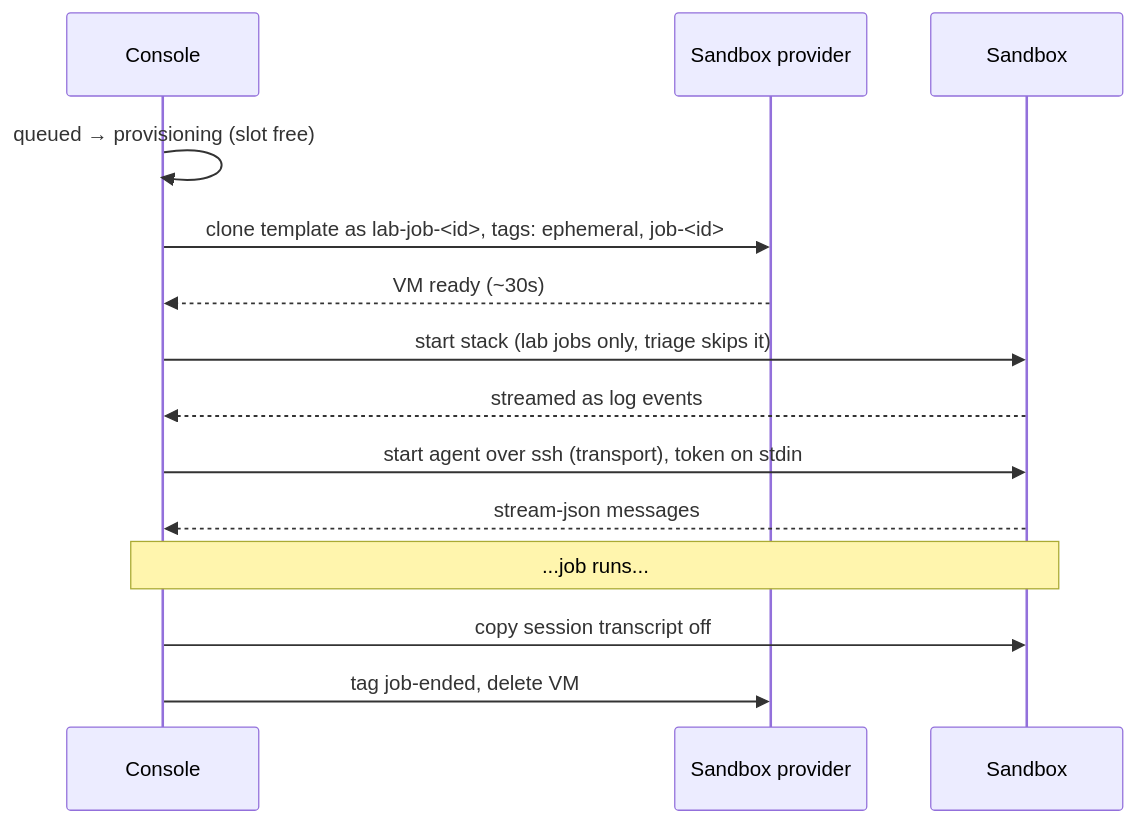
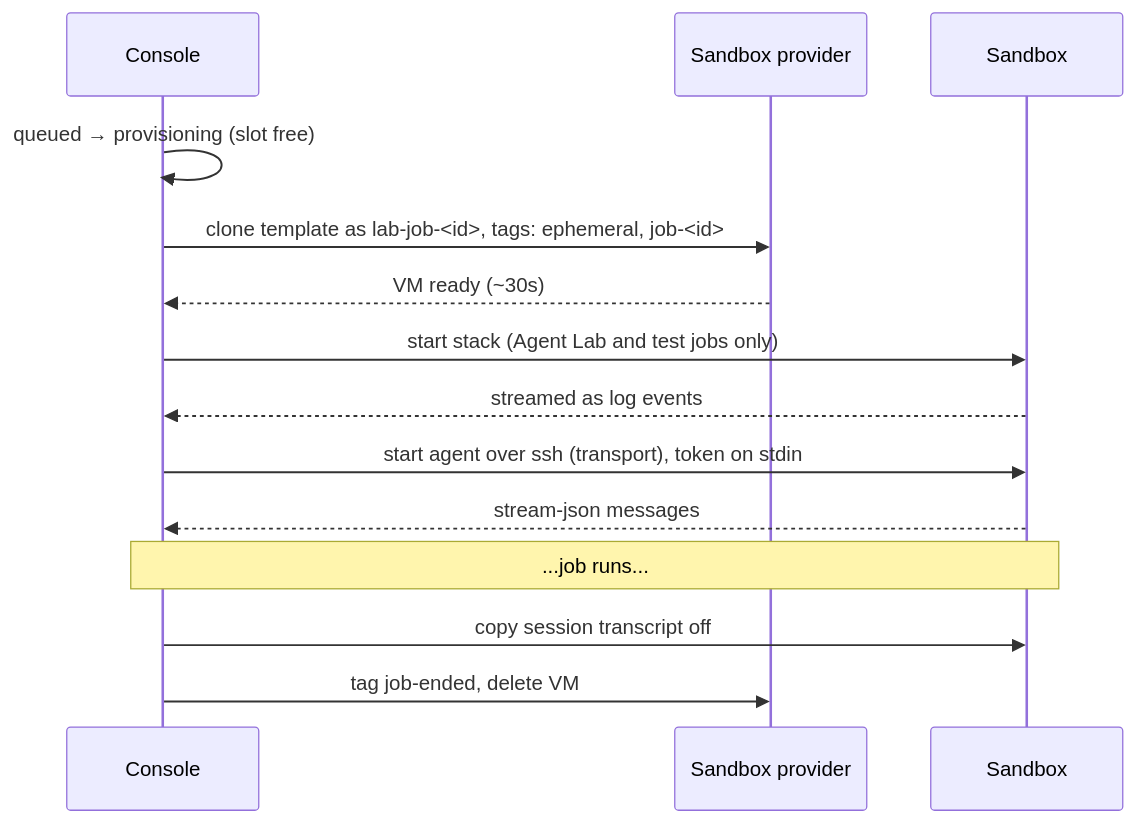
Before and after one commit to alairock/agent-console-spec: the diagram in docs/05-sandboxes.md, drawn with Mermaid. The commit also changed other lines of this file and 16 other files, not shown here.

````diff
--- a/docs/05-sandboxes.md
+++ b/docs/05-sandboxes.md
@@ -34,16 +34,16 @@
 ```mermaid
 sequenceDiagram
   participant C as Console
   participant P as Sandbox provider
   participant V as Sandbox
   C->>C: queued → provisioning (slot free)
   C->>P: clone template as lab-job-<id>, tags: ephemeral, job-<id>
   P-->>C: VM ready (~30s)
-  C->>V: start stack (lab jobs only, triage skips it)
+  C->>V: start stack (Agent Lab and test jobs only)
   V-->>C: streamed as log events
   C->>V: start agent over ssh (transport), token on stdin
   V-->>C: stream-json messages
   Note over C,V: ...job runs...
   C->>V: copy session transcript off
   C->>P: tag job-ended, delete VM
 ```
````
